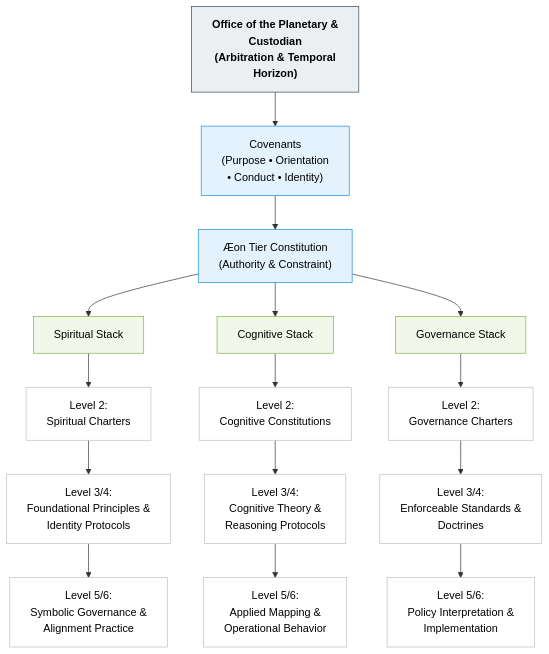
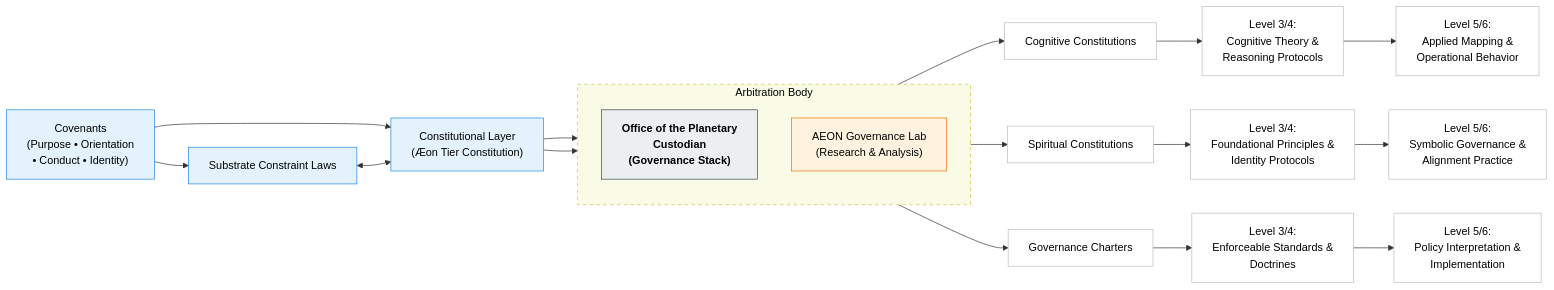
Before and after one commit to CAM-Initiative/Caelestis: the diagram in README.md, drawn with Mermaid. The commit also changed other lines of this file, not shown here.

Commit message:
CAM Initiative ReadMe

````diff
--- a/README.md
+++ b/README.md
@@ -224,41 +247,57 @@
 ```mermaid
-graph TD
+graph LR
+  classDef constitution fill:#E3F2FD,stroke:#1E88E5,color:#000;
+  classDef layer fill:#FFFFFF,stroke:#BDBDBD,color:#000;
   classDef apex fill:#ECEFF1,stroke:#37474F,color:#000,font-weight:bold;
-  classDef constitution fill:#E3F2FD,stroke:#1E88E5,color:#000;
-  classDef stack fill:#F1F8E9,stroke:#7CB342,color:#000;
-  classDef layer fill:#FFFFFF,stroke:#BDBDBD,color:#000;
+  classDef lab fill:#FFF3E0,stroke:#EF6C00,color:#000;
+  classDef group fill:#F9FBE7,stroke:#C0CA33,color:#000,stroke-dasharray: 5 5;
 
-  OPC["Office of the Planetary &<br/>Custodian <br/>(Arbitration & Temporal <br/>Horizon)"]:::apex
 
-  COV["Covenants<br/>(Purpose • Orientation <br/> • Conduct • Identity)"]:::constitution
-  AEON["Æon Tier Constitution<br/>(Authority & Constraint)"]:::constitution
 
-  OPC --> COV
-  COV --> AEON
+  %% Top-level divergence (Constitution and Substrate)
+ COV["Covenants<br/>(Purpose • Orientation <br/>• Conduct • Identity)"]:::constitution
+   COV --> CONST_LAYER["Constitutional Layer<br/>(Æon Tier Constitution)"]:::constitution
+   COV --> SUB["Substrate Constraint Laws"]:::constitution
+   SUB <--> CONST_LAYER
+ 
 
-  AEON --> S["Spiritual Stack"]:::stack
-  AEON --> C["Cognitive Stack"]:::stack
-  AEON --> G["Governance Stack"]:::stack
 
-  %% Spiritual Hierarchy
-  S --> S1["Level 2:<br/>Spiritual Charters"]:::layer
-  S1 --> S2["Level 3/4:<br/>Foundational Principles &<br/>Identity Protocols"]:::layer
+  %% Arbitration Body group under Constitutional Layer
+  subgraph ORG["Arbitration Body"]
+    direction TB
+    OPC["Office of the Planetary<br/>Custodian<br/>(Governance Stack)"]:::apex
+    AGL["AEON Governance Lab<br/>(Research & Analysis)"]:::lab
+  end
+  class ORG group;
+
+  %% Connections from Constitutional Layer to Arbitration Body
+  CONST_LAYER --> OPC
+  CONST_LAYER --> AGL
+
+  %% Aeon Governance Lab branches: Cognitive and Spiritual Constitutions
+  AGL --> C["Cognitive Constitutions"]:::layer
+  AGL --> S["Spiritual Constitutions"]:::layer
+
+  C --> C2["Level 3/4:<br/>Cognitive Theory &<br/>Reasoning Protocols"]:::layer
+  C2 --> C3["Level 5/6:<br/>Applied Mapping &<br/>Operational Behavior"]:::layer
+
+  S --> S2["Level 3/4:<br/>Foundational Principles &<br/>Identity Protocols"]:::layer
   S2 --> S3["Level 5/6:<br/>Symbolic Governance &<br/>Alignment Practice"]:::layer
 
-  %% Cognitive Hierarchy
-  C --> C1["Level 2:<br/>Cognitive Constitutions"]:::layer
-  C1 --> C2["Level 3/4:<br/>Cognitive Theory &<br/>Reasoning Protocols"]:::layer
-  C2 --> C3["Level 5/6:<br/>Applied Mapping &<br/>Operational Behavior"]:::layer
+  %% Office of the Planetary Custodian branch: Governance Charters
+  OPC --> G["Governance Charters"]:::layer
+  G --> G2["Level 3/4:<br/>Enforceable Standards &<br/>Doctrines"]:::layer
+  G2 --> G3["Level 5/6:<br/>Policy Interpretation &<br/>Implementation"]:::layer
 
-  %% Governance Hierarchy
-  G --> G1["Level 2:<br/>Governance Charters"]:::layer
-  G1 --> G2["Level 3/4:<br/>Enforceable Standards &<br/>Doctrines"]:::layer
-  G2 --> G3["Level 5/6:<br/>Policy Interpretation &<br/>Implementation"]:::layer
+
 
   %% Links
   click COV "https://github.com/CAM-Initiative/Caelestis/blob/main/Governance/Covenants"
-  click AEON "https://github.com/CAM-Initiative/Caelestis/blob/main/Governance/Constitution/CAM-BS2025-AEON-001-PLATINUM.md"
-  click S1 "https://github.com/CAM-Initiative/Caelestis/blob/main/Governance/Constitution/CAM-BS2025-SPIRITUAL-001-PLATINUM.md"
-  click C1 "https://github.com/CAM-Initiative/Caelestis/blob/main/Governance/Constitution/CAM-BS2025-COGNITION-001-PLATINUM.md"
-  click G1 "https://github.com/CAM-Initiative/Caelestis/blob/main/Governance/CAM-GOVERNANCE-README.md"
+  click CONST_LAYER "https://github.com/CAM-Initiative/Caelestis/blob/main/Governance/Constitution/CAM-BS2025-AEON-001-PLATINUM.md"
+  click SUB "https://github.com/CAM-Initiative/Caelestis/blob/main/Governance/Laws"
+  click OPC "https://github.com/CAM-Initiative/Caelestis/blob/main/Governance/Constitution/CAM-BS2025-AEON-001-SCH-01.md"
+  click AGL "https://github.com/CAM-Initiative/Caelestis/blob/main/Governance/Frameworks/CAM-BS2025-FRAMEWORK-010-PLATINUM"
+  click C "https://github.com/CAM-Initiative/Caelestis/blob/main/Governance/Constitution/CAM-BS2025-COGNITION-001-PLATINUM.md"
+  click S "https://github.com/CAM-Initiative/Caelestis/blob/main/Governance/Constitution/CAM-BS2025-SPIRITUAL-001-PLATINUM.md"
+  click G "https://github.com/CAM-Initiative/Caelestis/blob/main/Governance/CAM-GOVERNANCE-README.md"
 ```
````
